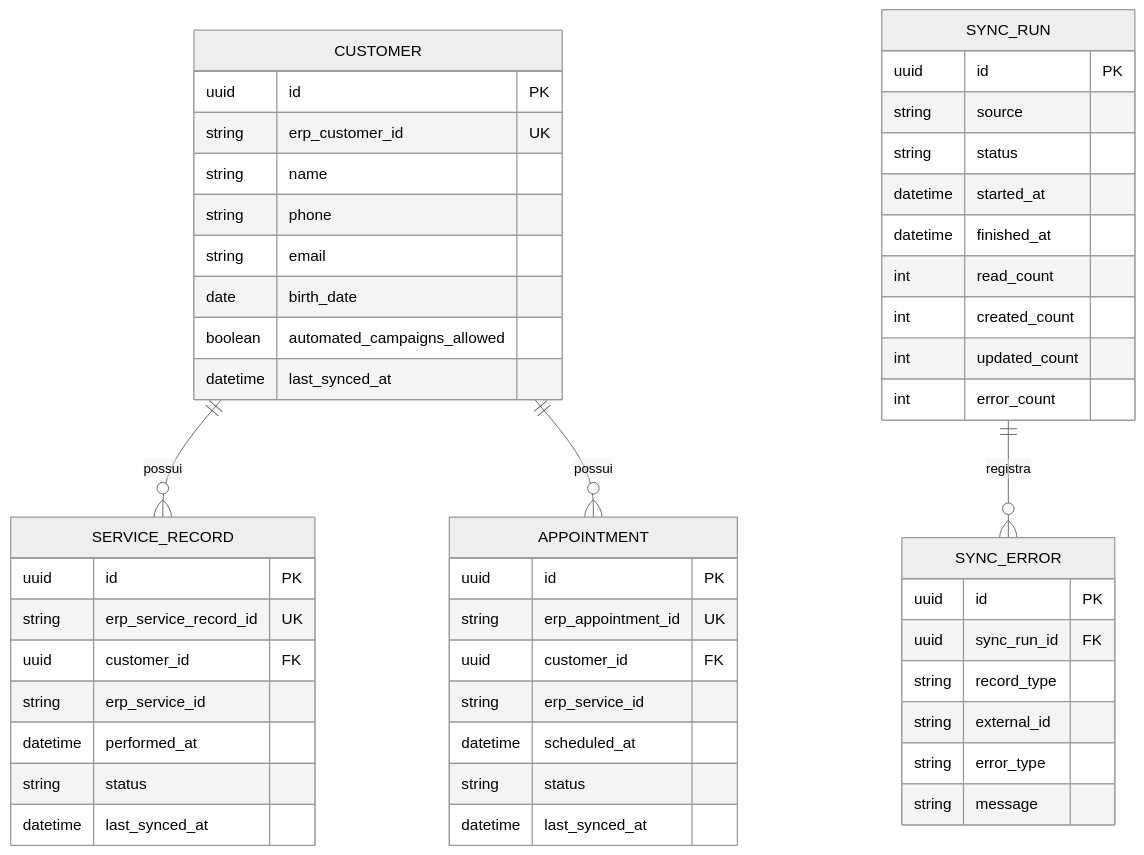
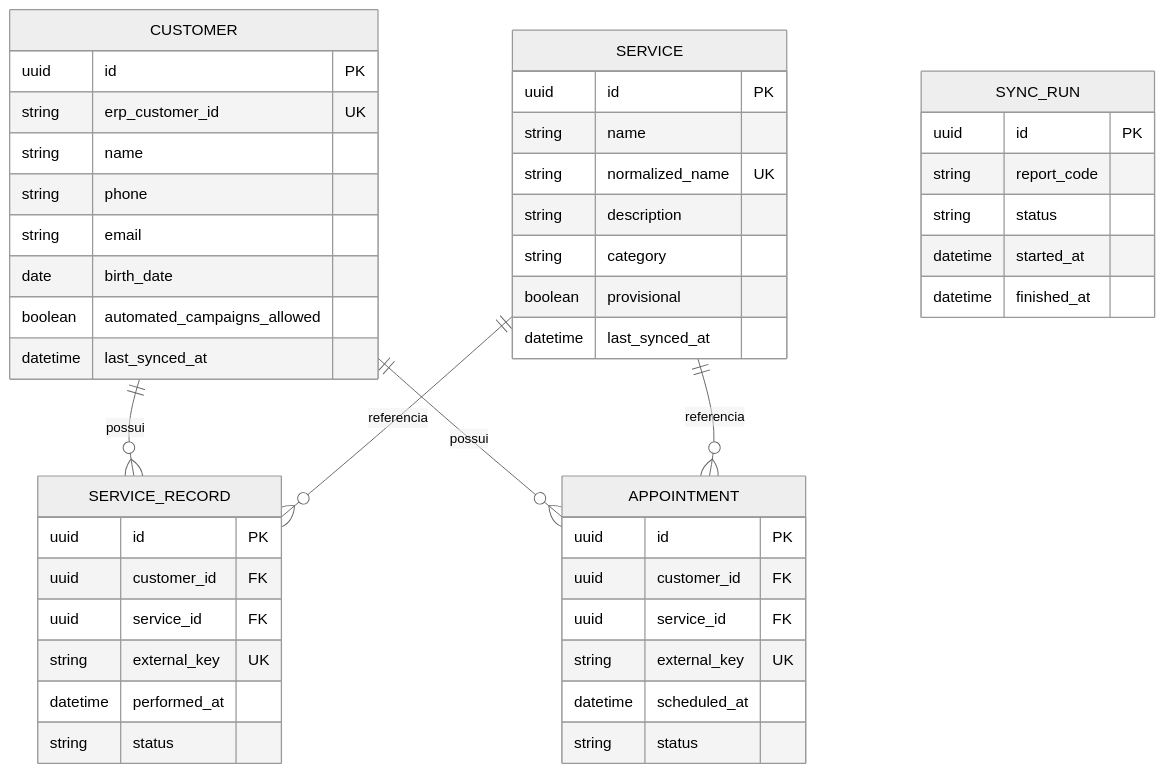
The fourth of 4 diagrams in docs/integracao-erp.md (vinicerutti1/doc-pombocorreio), drawn with Mermaid (neutral theme) before and after one commit. The commit also changed other lines of this file, not shown here.

Commit message:
docs: define ordem oficial das importações do ERP

````diff
--- a/docs/integracao-erp.md
+++ b/docs/integracao-erp.md
@@ -597,58 +377,54 @@
 ```mermaid
 erDiagram
+    SERVICE {
+        uuid id PK
+        string name
+        string normalized_name UK
+        string description
+        string category
+        boolean provisional
+        datetime last_synced_at
+    }
+
     CUSTOMER {
         uuid id PK
         string erp_customer_id UK
         string name
         string phone
         string email
         date birth_date
         boolean automated_campaigns_allowed
         datetime last_synced_at
     }
 
     SERVICE_RECORD {
         uuid id PK
-        string erp_service_record_id UK
         uuid customer_id FK
-        string erp_service_id
+        uuid service_id FK
+        string external_key UK
         datetime performed_at
         string status
-        datetime last_synced_at
     }
 
     APPOINTMENT {
         uuid id PK
-        string erp_appointment_id UK
         uuid customer_id FK
-        string erp_service_id
+        uuid service_id FK
+        string external_key UK
         datetime scheduled_at
         string status
-        datetime last_synced_at
     }
 
     SYNC_RUN {
         uuid id PK
-        string source
+        string report_code
         string status
         datetime started_at
         datetime finished_at
-        int read_count
-        int created_count
-        int updated_count
-        int error_count
-    }
-
-    SYNC_ERROR {
-        uuid id PK
-        uuid sync_run_id FK
-        string record_type
-        string external_id
-        string error_type
-        string message
     }
 
     CUSTOMER ||--o{ SERVICE_RECORD : possui
+    SERVICE ||--o{ SERVICE_RECORD : referencia
     CUSTOMER ||--o{ APPOINTMENT : possui
-    SYNC_RUN ||--o{ SYNC_ERROR : registra
+    SERVICE ||--o{ APPOINTMENT : referencia
 ```
````
